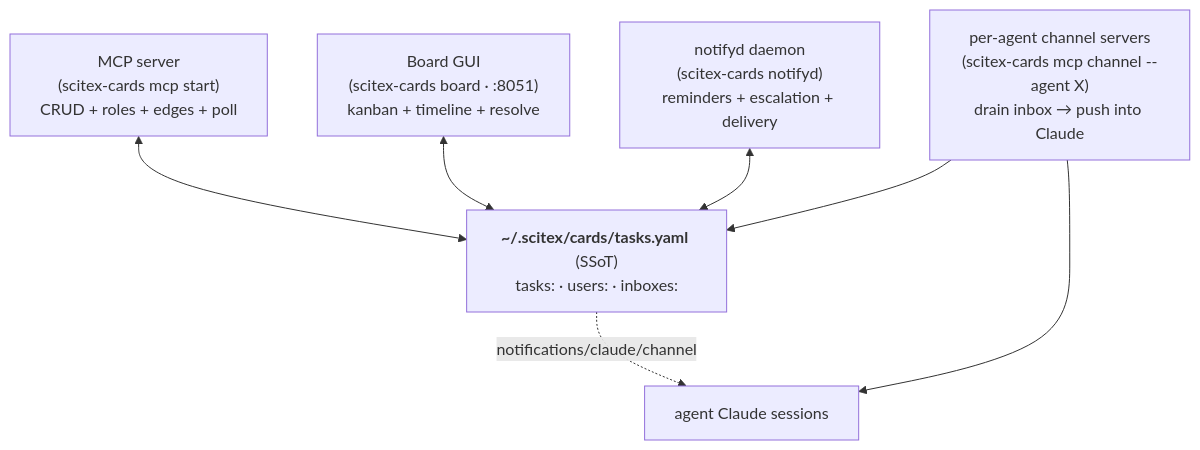
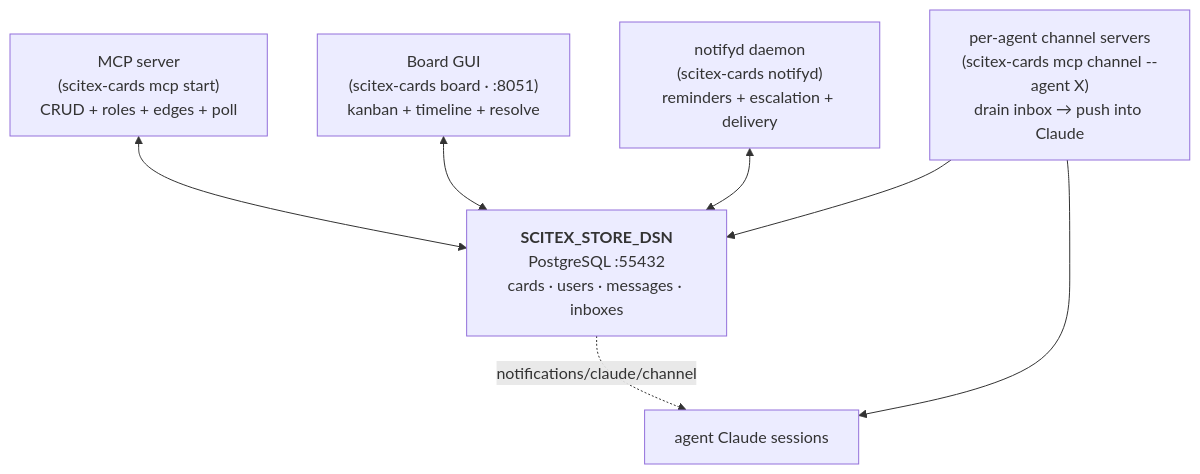
Before and after one commit to scitex-ai/scitex-cards: the first of 4 diagrams in README.md, drawn with Mermaid. The commit also changed other lines of this file and 186 other files, not shown here.

Commit message:
fix(store): canonicalize shared state on SCITEX_STORE_DSN

````diff
--- a/README.md
+++ b/README.md
@@ -64,18 +62,17 @@
 ```mermaid
 flowchart TB
-    store["`**~/.scitex/cards/tasks.yaml** (SSoT)
-    tasks: · users: · inboxes:`"]
+    store["`**SCITEX_STORE_DSN**<br/>PostgreSQL :55432<br/>cards · users · messages · inboxes`"]
 
     mcp["MCP server<br/>(scitex-cards mcp start)<br/>CRUD + roles + edges + poll"]
     board["Board GUI<br/>(scitex-cards board · :8051)<br/>kanban + timeline + resolve"]
     notifyd["notifyd daemon<br/>(scitex-cards notifyd)<br/>reminders + escalation + delivery"]
     chan["per-agent channel servers<br/>(scitex-cards mcp channel --agent X)<br/>drain inbox → push into Claude"]
 
     mcp <--> store
     board <--> store
     notifyd <--> store
     chan --> store
 
     store -. "notifications/claude/channel" .-> claude["agent Claude sessions"]
     chan --> claude
 ```
````
